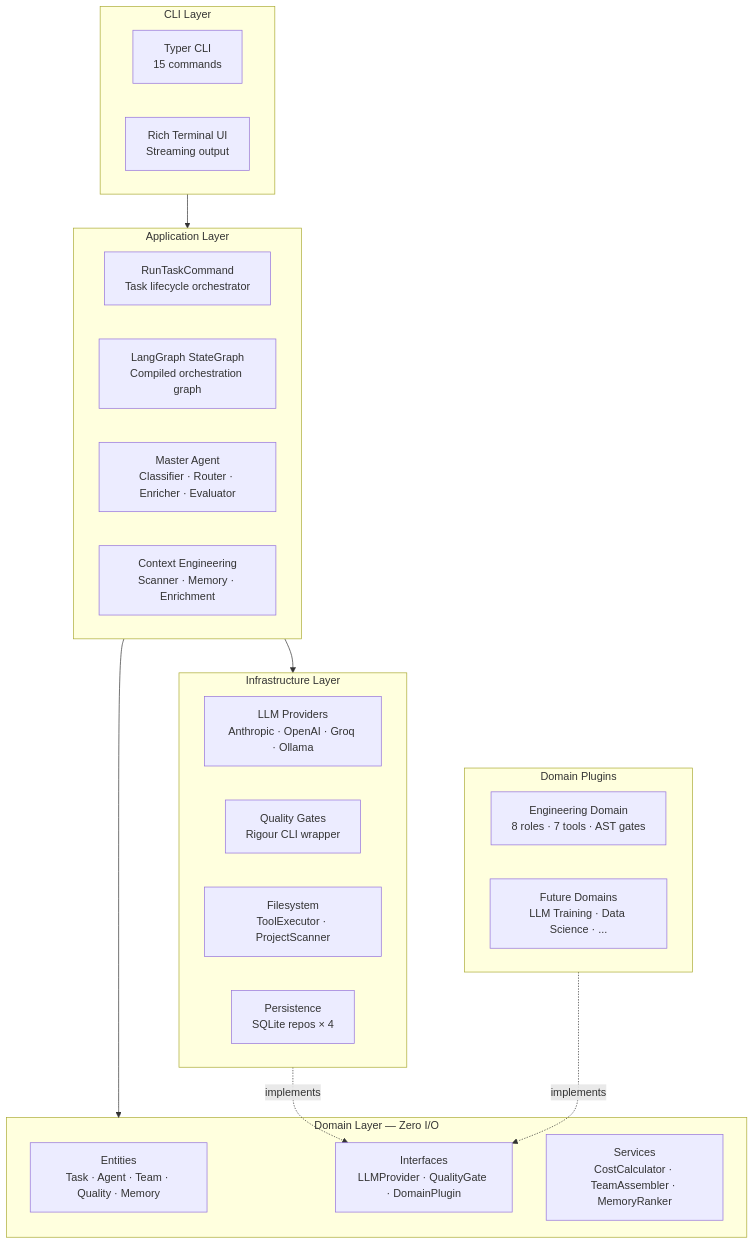
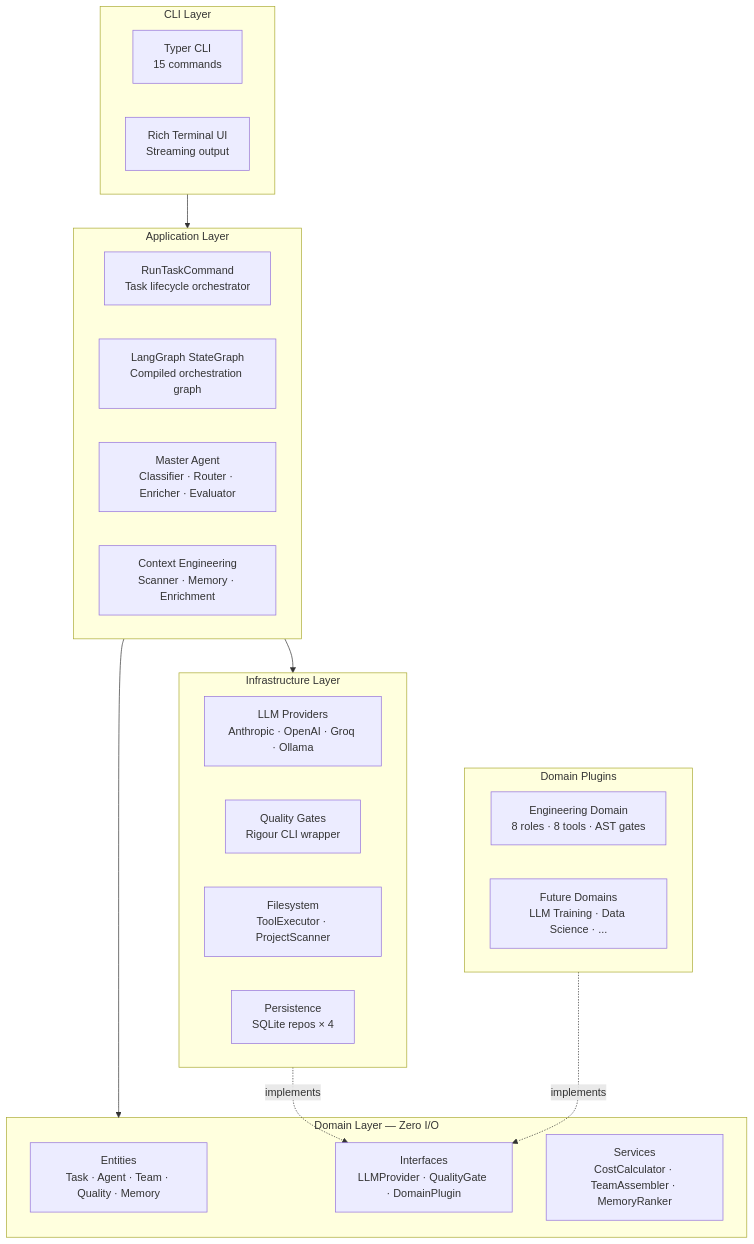
Before and after one commit to rigovo/rigovo-virtual-team: the first of 18 diagrams in README.md, drawn with Mermaid. The commit also changed other lines of this file and 13 other files, not shown here.

````diff
--- a/README.md
+++ b/README.md
@@ -170,38 +170,38 @@
 ```mermaid
 graph TB
     subgraph CLI["CLI Layer"]
         TYPER[Typer CLI<br/>15 commands]
         TUI[Rich Terminal UI<br/>Streaming output]
     end
 
     subgraph APP["Application Layer"]
         CMD[RunTaskCommand<br/>Task lifecycle orchestrator]
         GRAPH[LangGraph StateGraph<br/>Compiled orchestration graph]
         MASTER[Master Agent<br/>Classifier · Router · Enricher · Evaluator]
         CTX[Context Engineering<br/>Scanner · Memory · Enrichment]
     end
 
     subgraph DOMAIN["Domain Layer — Zero I/O"]
         ENT[Entities<br/>Task · Agent · Team · Quality · Memory]
         IFACE[Interfaces<br/>LLMProvider · QualityGate · DomainPlugin]
         SVC[Services<br/>CostCalculator · TeamAssembler · MemoryRanker]
     end
 
     subgraph INFRA["Infrastructure Layer"]
         LLM[LLM Providers<br/>Anthropic · OpenAI · Groq · Ollama]
         QG[Quality Gates<br/>Rigour CLI wrapper]
         FS[Filesystem<br/>ToolExecutor · ProjectScanner]
         DB[Persistence<br/>SQLite repos × 4]
     end
 
     subgraph PLUGINS["Domain Plugins"]
-        ENG[Engineering Domain<br/>8 roles · 7 tools · AST gates]
+        ENG[Engineering Domain<br/>8 roles · 8 tools · AST gates]
         FUTURE[Future Domains<br/>LLM Training · Data Science · ...]
     end
 
     CLI --> APP
     APP --> DOMAIN
     APP --> INFRA
     INFRA -.->|implements| IFACE
     PLUGINS -.->|implements| IFACE
 ```
````
